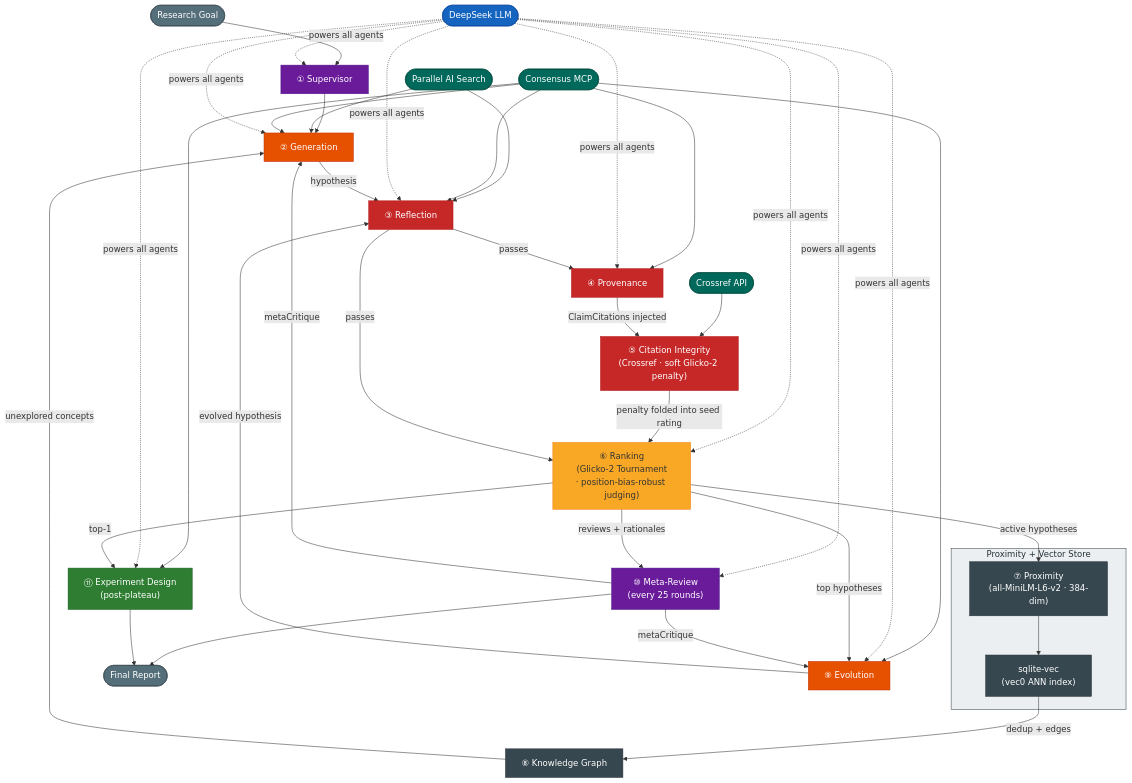
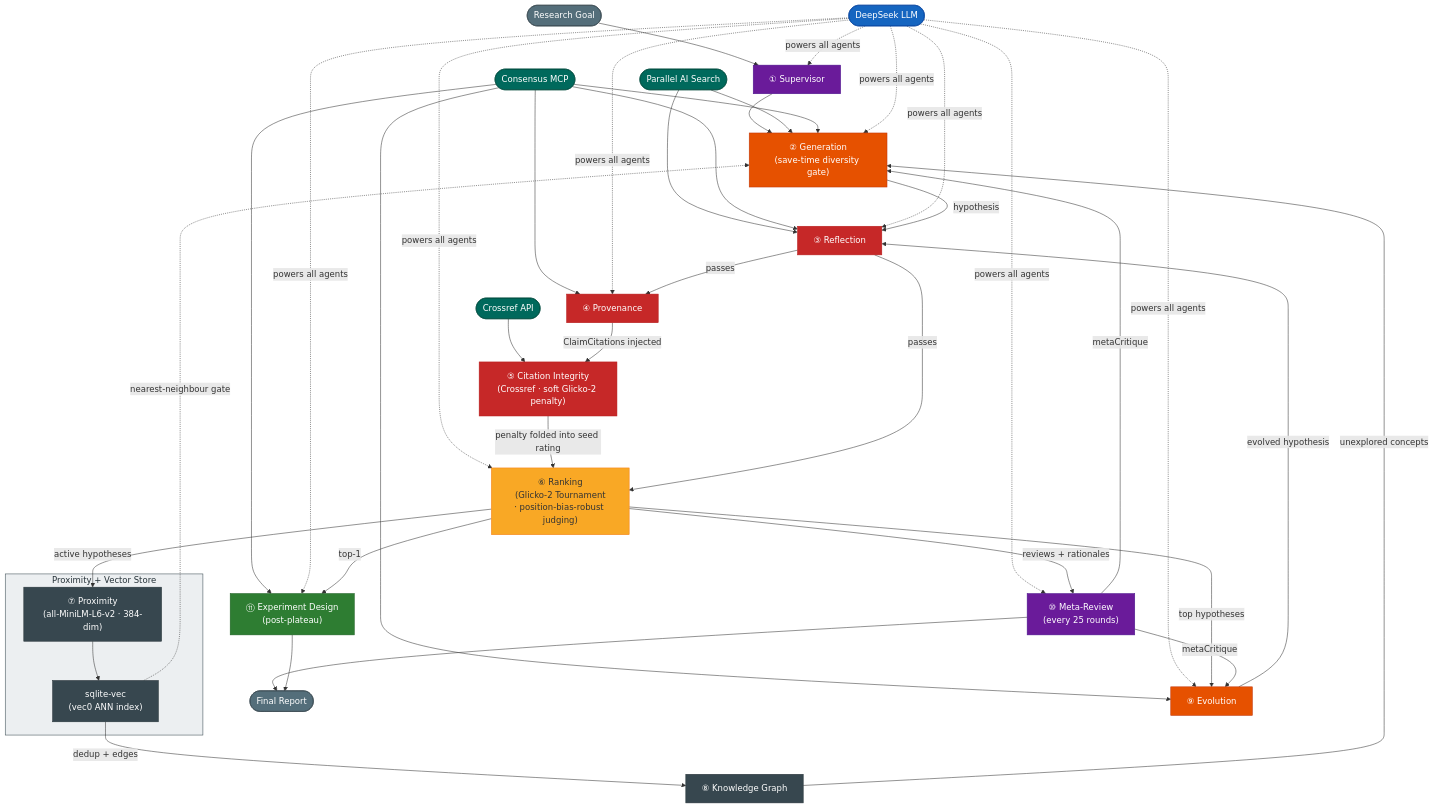
One commit to raktim-mondol/co-scientist changed the diagram in README.md. Above: the diagram before and after it, drawn with Mermaid. The commit also changed other lines of this file, not shown here.

Commit message:
docs: document diversity-aware generation in README + architecture diagram

```diff
--- a/README.md
+++ b/README.md
@@ -384,7 +410,7 @@
     XREF(["Crossref API"])
 
     SUP["① Supervisor"]
-    GEN["② Generation"]
+    GEN["② Generation<br/>(save-time diversity gate)"]
     REF["③ Reflection"]
     PROV["④ Provenance"]
     CITE["⑤ Citation Integrity<br/>(Crossref · soft Glicko-2 penalty)"]
@@ -425,6 +451,7 @@
 
     RANK -->|active hypotheses| PROX
     VEC2 -->|dedup + edges| KG
+    VEC2 -.->|nearest-neighbour gate| GEN
     KG -->|unexplored concepts| GEN
 
     RANK -->|reviews + rationales| META
```
